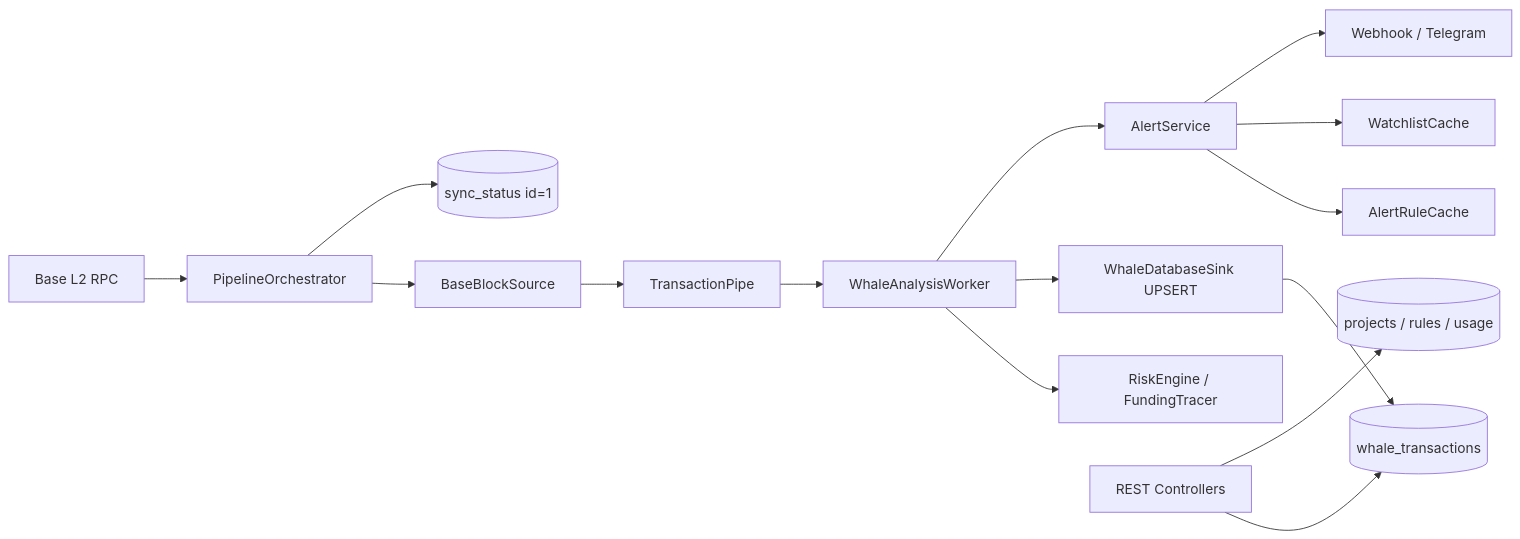
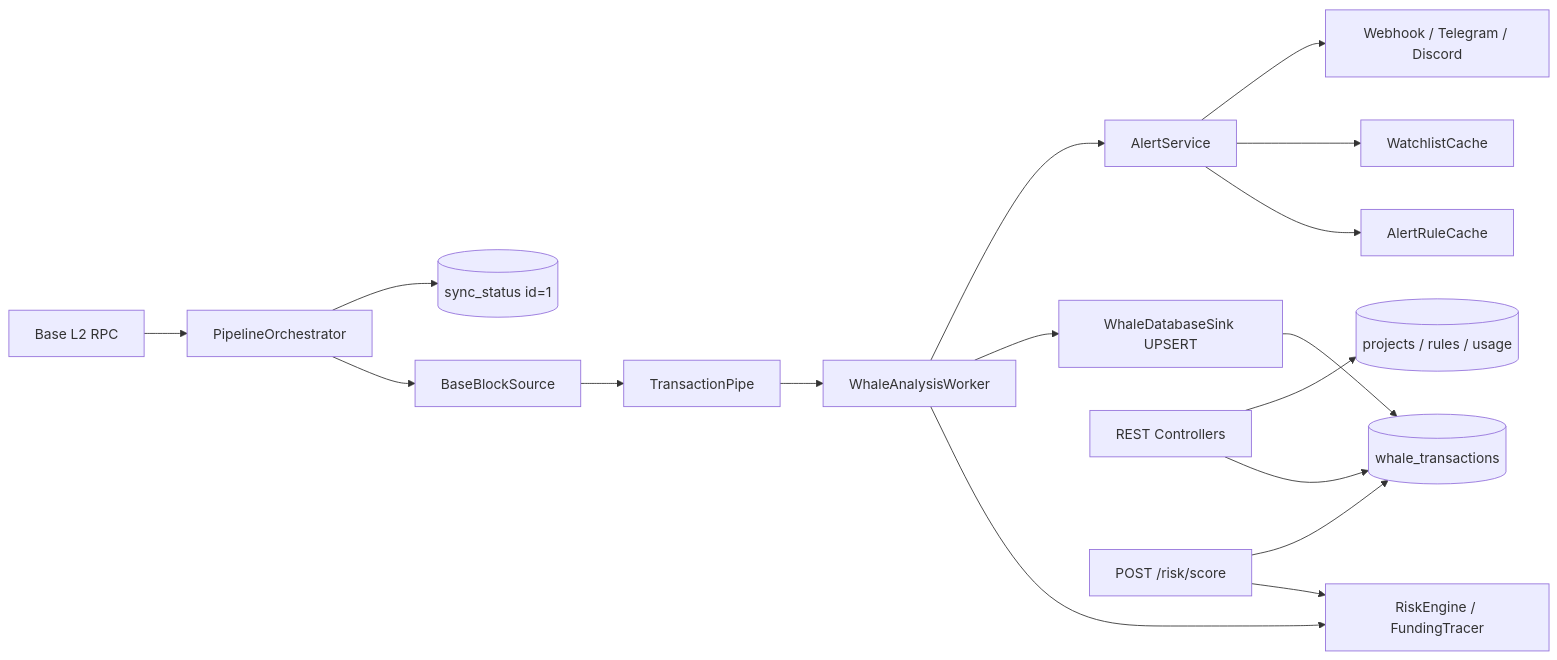
Before and after one commit to LucentFlowLabs/lucentflow-core: the diagram in PROGRESS.md, drawn with Mermaid. The commit also changed other lines of this file and 71 other files, not shown here.

First line of the commit message:
feat(b2b): add plan quotas and risk score, then close ingest review gaps

````diff
--- a/PROGRESS.md
+++ b/PROGRESS.md
@@ -47,17 +48,19 @@
 ```mermaid
 flowchart LR
     RPC[Base L2 RPC] --> PO[PipelineOrchestrator]
     PO --> BBS[BaseBlockSource]
     BBS --> TP[TransactionPipe]
     PO --> SS[(sync_status id=1)]
     TP --> WAW[WhaleAnalysisWorker]
     WAW --> RE[RiskEngine / FundingTracer]
     WAW --> WDS[WhaleDatabaseSink UPSERT]
     WAW --> AS[AlertService]
     AS --> ARC[AlertRuleCache]
     AS --> WC[WatchlistCache]
-    AS --> WH[Webhook / Telegram]
+    AS --> WH[Webhook / Telegram / Discord]
     WDS --> WT[(whale_transactions)]
     API[REST Controllers] --> WT
     API --> PRJ[(projects / rules / usage)]
+    RS[POST /risk/score] --> RE
+    RS --> WT
 ```
````
